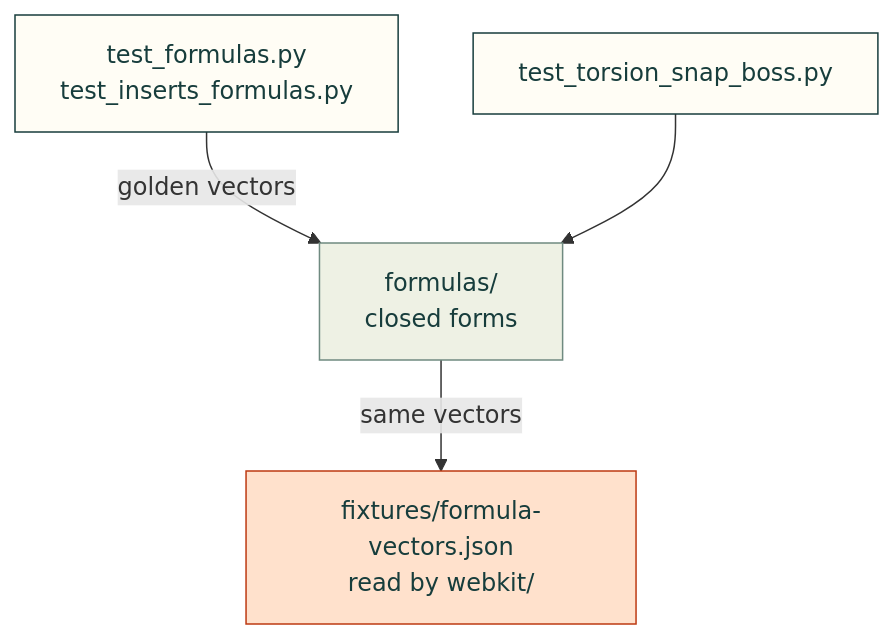
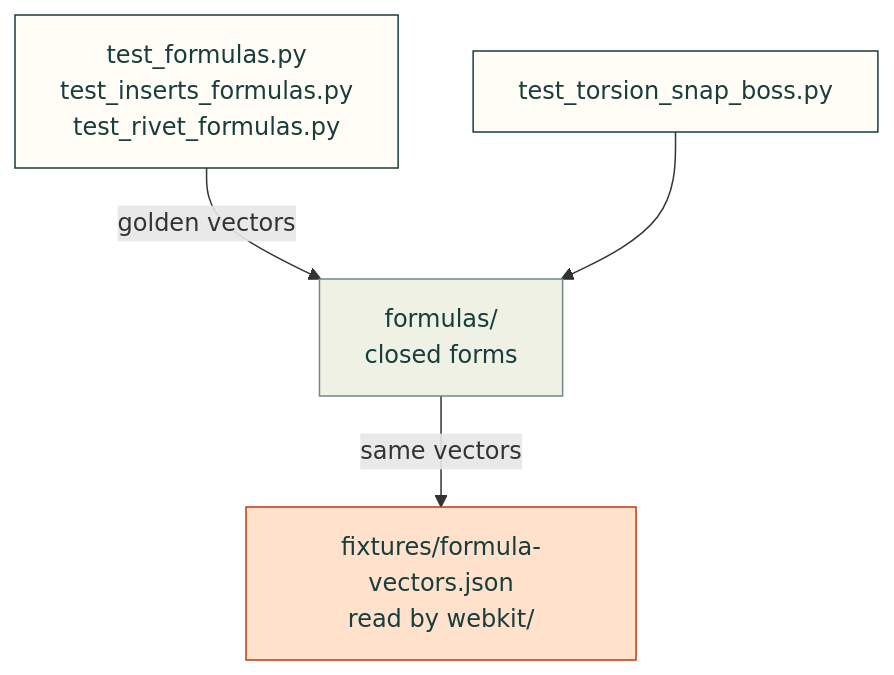
Before and after one commit to Valpatel/cad-agent: the diagram in tests/formulas/README.md, drawn with Mermaid. The commit also changed other lines of this file and 15 other files, not shown here.

First line of the commit message:
mechanical: a riveted lap-joint check, with rivet joint formulas (#283)

````diff
--- a/tests/formulas/README.md
+++ b/tests/formulas/README.md
@@ -8,12 +8,12 @@
 ```mermaid
 flowchart TD
-    F["test_formulas.py<br/>test_inserts_formulas.py"] -->|"golden vectors"| X["formulas/<br/>closed forms"]
+    F["test_formulas.py<br/>test_inserts_formulas.py<br/>test_rivet_formulas.py"] -->|"golden vectors"| X["formulas/<br/>closed forms"]
     T["test_torsion_snap_boss.py"] --> X
     X -->|"same vectors"| V["fixtures/formula-vectors.json<br/>read by webkit/"]
     classDef here fill:#fffdf5,stroke:#173d3c,color:#173d3c
     classDef near fill:#eef1e4,stroke:#6f8a80,color:#173d3c
     classDef out fill:#ffe1cc,stroke:#bd3a12,color:#173d3c
     class F,T here
     class X near
     class V out
 ```
````
